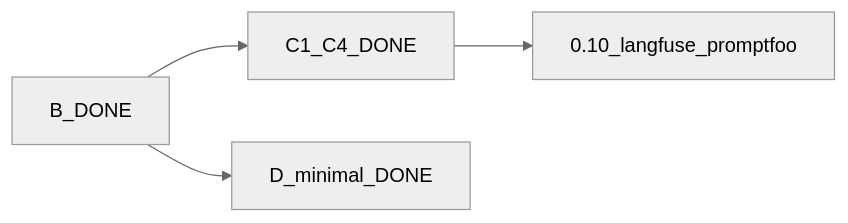
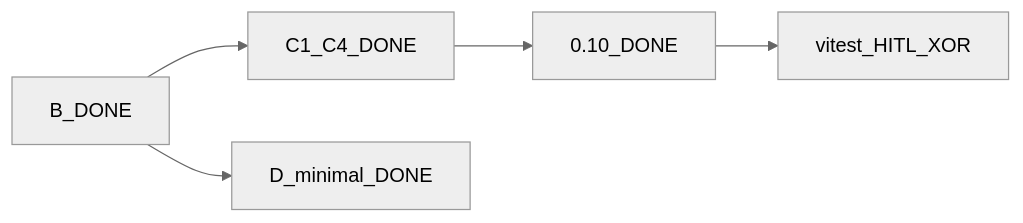
One commit to Spawn2018/OmniRoute changed the diagram in docs/PLAN-REALIZACJA.md. Above: the diagram before and after it, drawn with Mermaid (neutral theme). The commit also changed other lines of this file and 23 other files, not shown here.

First line of the commit message:
feat(M-20): plaster 0.10 langfuse trace + promptfoo echo CI

````diff
--- a/docs/PLAN-REALIZACJA.md
+++ b/docs/PLAN-REALIZACJA.md
@@ -8,6 +8,7 @@
 ```mermaid
 flowchart LR
   doneB[B_DONE] --> doneC[C1_C4_DONE]
-  doneC --> next[0.10_langfuse_promptfoo]
+  doneC --> doneC5[0.10_DONE]
+  doneC5 --> next[vitest_HITL_XOR]
   doneB --> doneD[D_minimal_DONE]
 ```
````
